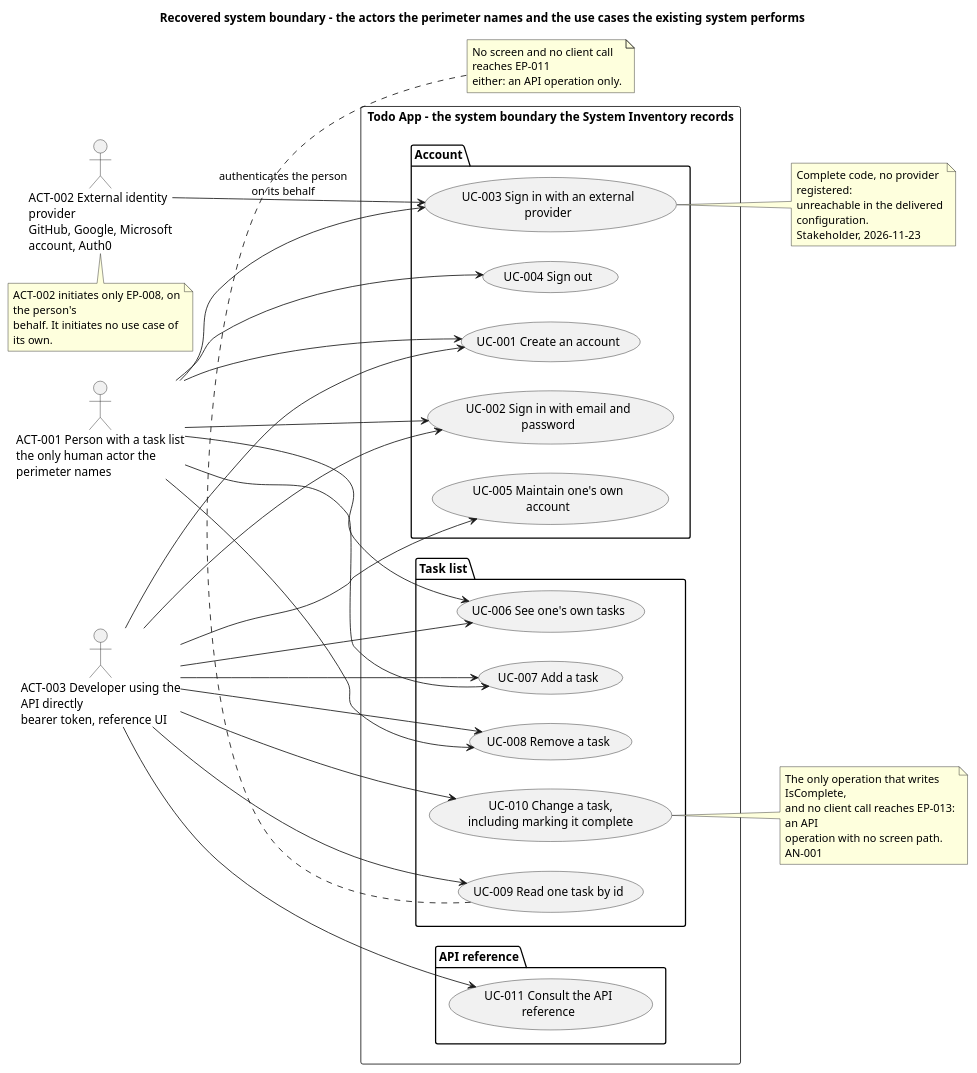
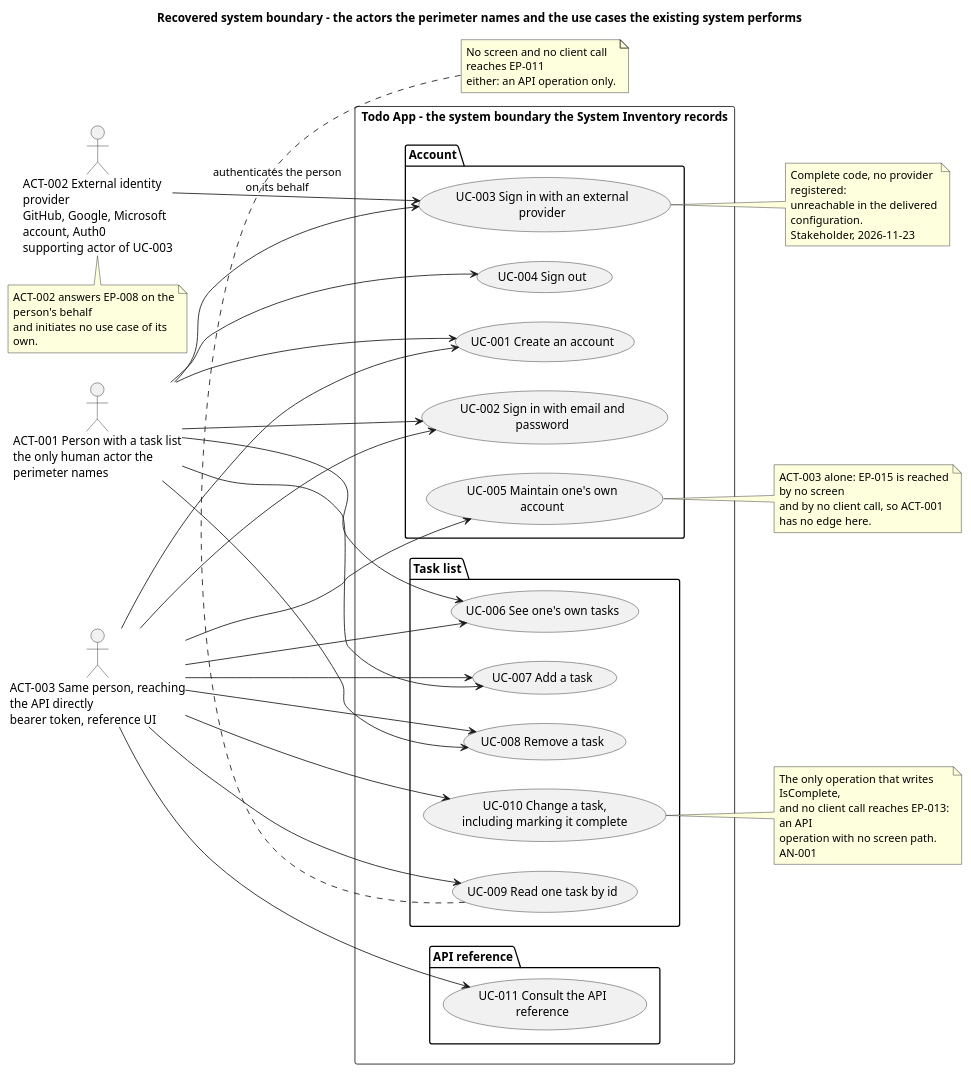
The first of 7 diagrams in docs/artifacts/requirements/use-case-model.md (banense-test/TodoApp), drawn with PlantUML before and after one commit.

Commit message:
System Analyst [Excavation1]: upsert Use-Case Model
[skip ci]

````diff
--- a/docs/artifacts/requirements/use-case-model.md
+++ b/docs/artifacts/requirements/use-case-model.md
@@ -13,74 +12,79 @@
 ```plantuml
 @startuml
 title Recovered system boundary - the actors the perimeter names and the use cases the existing system performs
 
 left to right direction
 skinparam shadowing false
 skinparam wrapWidth 210
 
 actor "ACT-001 Person with a task list\nthe only human actor the perimeter names" as A1
-actor "ACT-002 External identity provider\nGitHub, Google, Microsoft account, Auth0" as A2
-actor "ACT-003 Developer using the API directly\nbearer token, reference UI" as A3
+actor "ACT-002 External identity provider\nGitHub, Google, Microsoft account, Auth0\nsupporting actor of UC-003" as A2
+actor "ACT-003 Same person, reaching the API directly\nbearer token, reference UI" as A3
 
 rectangle "Todo App - the system boundary the System Inventory records" {
   package "Account" {
     usecase "UC-001 Create an account" as UC1
     usecase "UC-002 Sign in with email and password" as UC2
     usecase "UC-003 Sign in with an external provider" as UC3
     usecase "UC-004 Sign out" as UC4
     usecase "UC-005 Maintain one's own account" as UC5
   }
   package "Task list" {
     usecase "UC-006 See one's own tasks" as UC6
     usecase "UC-007 Add a task" as UC7
     usecase "UC-008 Remove a task" as UC8
     usecase "UC-009 Read one task by id" as UC9
     usecase "UC-010 Change a task,\nincluding marking it complete" as UC10
   }
   package "API reference" {
     usecase "UC-011 Consult the API reference" as UC11
   }
 }
 
 A1 --> UC1
 A1 --> UC2
 A1 --> UC3
 A1 --> UC4
 A1 --> UC6
 A1 --> UC7
 A1 --> UC8
 A2 --> UC3 : authenticates the person\non its behalf
 A3 --> UC1
 A3 --> UC2
 A3 --> UC5
 A3 --> UC6
 A3 --> UC7
 A3 --> UC8
 A3 --> UC9
 A3 --> UC10
 A3 --> UC11
 
 note right of UC3
   Complete code, no provider registered:
   unreachable in the delivered configuration.
   Stakeholder, 2026-11-23
 end note
 
+note right of UC5
+  ACT-003 alone: EP-015 is reached by no screen
+  and by no client call, so ACT-001 has no edge here.
+end note
+
 note right of UC10
   The only operation that writes IsComplete,
   and no client call reaches EP-013: an API
   operation with no screen path. AN-001
 end note
 
 note bottom of UC9
   No screen and no client call reaches EP-011
   either: an API operation only.
 end note
 
 note bottom of A2
-  ACT-002 initiates only EP-008, on the person's
-  behalf. It initiates no use case of its own.
+  ACT-002 answers EP-008 on the person's behalf
+  and initiates no use case of its own.
 end note
 
 @enduml
 ```
````
